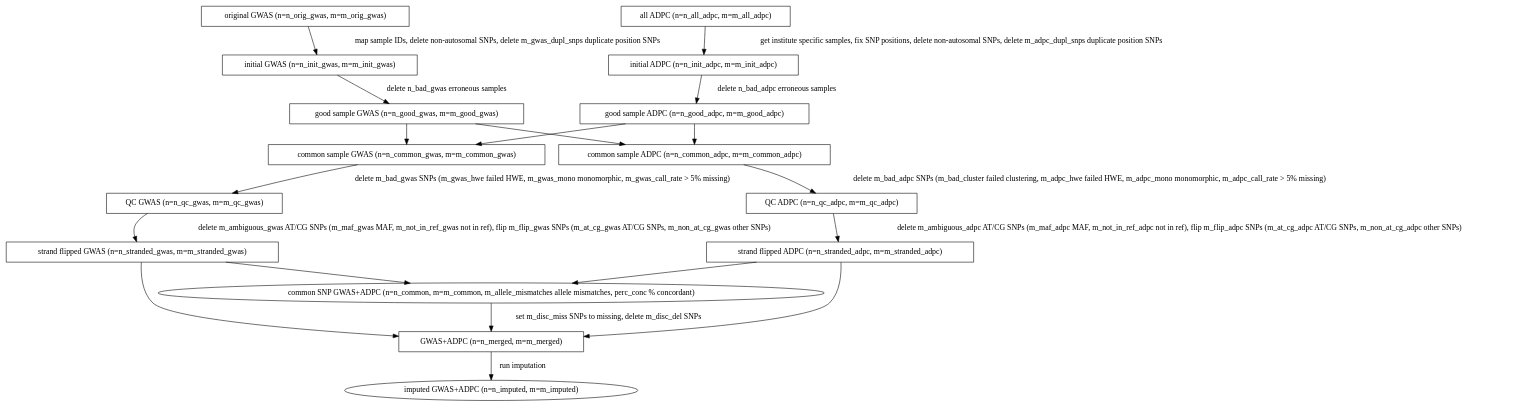
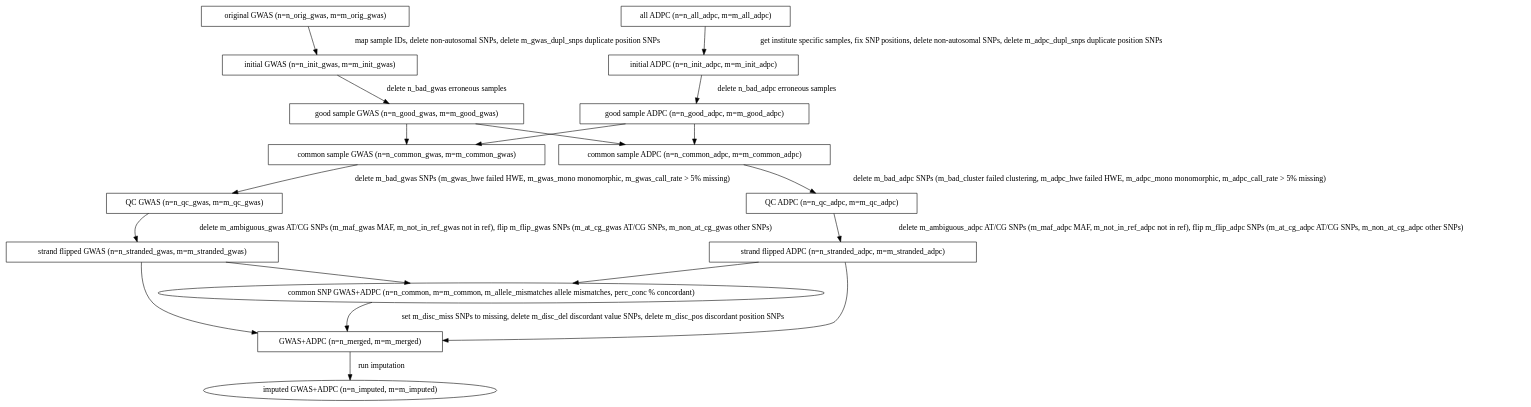
One commit to CAAPA/gwas_adpc_imputation_pipeline changed the diagram in doc/flow.dot. Above: the diagram before and after it, drawn with Graphviz. The commit also changed 1 other file, not shown here.

Commit message:
Now documenting the nr of discordant position SNPs that are deleted

```diff
--- a/doc/flow.dot
+++ b/doc/flow.dot
@@ -1,91 +1,91 @@
 #!dot
 digraph {
 
     //Initial GWAS flow
 
     ORIG_GWAS [label="original GWAS (n=n_orig_gwas, m=m_orig_gwas)",
                shape=box] //params: n_orig_gwas, m_orig_gwas
     INIT_GWAS [label="initial GWAS (n=n_init_gwas, m=m_init_gwas)",
                shape=box] //params: n_init_gwas, m_init_gwas
     ORIG_GWAS -> INIT_GWAS [label= " map sample IDs, delete non-autosomal SNPs, delete m_gwas_dupl_snps duplicate position SNPs"];
                  //script: get_gwas_samples
 
 
     GOOD_GWAS [label="good sample GWAS (n=n_good_gwas, m=m_good_gwas)",
                shape=box] //params: n_good_gwas, m_good_gwas
     INIT_GWAS -> GOOD_GWAS [label=" delete n_bad_gwas erroneous samples"];
                 //script: get_good_samples; params: n_bad_gwas
 
     COMMON_GWAS [label="common sample GWAS (n=n_common_gwas, m=m_common_gwas)",
                  shape=box] //params: n_common_gwas, m=m_common_gwas
     GOOD_GWAS -> COMMON_GWAS;
                  //script: get_common_samples
 
     QC_GWAS [label="QC GWAS (n=n_qc_gwas, m=m_qc_gwas)",
              shape=box] //params: n_qc_gwas, m=m_qc_gwas
     COMMON_GWAS -> QC_GWAS [label=" delete m_bad_gwas SNPs (m_gwas_hwe failed HWE, m_gwas_mono monomorphic, m_gwas_call_rate > 5% missing)"];
                 //script: do_gwas_qc; params: m_bad_gwas
                 //m (whatever subcategories removed)
 
 
     FLIPPED_GWAS [label="strand flipped GWAS (n=n_stranded_gwas, m=m_stranded_gwas)",
                   shape=box] //params: n_stranded_gwas, m_stranded_gwas
     QC_GWAS -> FLIPPED_GWAS  [label=" delete m_ambiguous_gwas AT/CG SNPs (m_maf_gwas MAF, m_not_in_ref_gwas not in ref), flip m_flip_gwas SNPs (m_at_cg_gwas AT/CG SNPs, m_non_at_cg_gwas other SNPs)"];
                  //script: flip_strands; params: m_flip_gwas, m_ambiguous_gwas
 
 
     //Initial ADPC flow
 
     ALL_ADPC [label="all ADPC (n=n_all_adpc, m=m_all_adpc)",
               shape=box] //params:n_all_adpc, m_all_adpc
     INIT_ADPC [label="initial ADPC (n=n_init_adpc, m=m_init_adpc)",
                shape=box] //params: n_init_adpc, m_init_adpc
     ALL_ADPC -> INIT_ADPC [label=" get institute specific samples, fix SNP positions, delete non-autosomal SNPs, delete m_adpc_dupl_snps duplicate position SNPs"]
                 //script: get_adpc_samples (site)
 
 
     GOOD_ADPC [label="good sample ADPC (n=n_good_adpc, m=m_good_adpc)",
                shape=box] //params: n_good_adpc, m_good_adpc
     INIT_ADPC -> GOOD_ADPC [label=" delete n_bad_adpc erroneous samples"];
                 //script: get_good_samples; params: n_bad_adpc
 
     COMMON_ADPC [label="common sample ADPC (n=n_common_adpc, m=m_common_adpc)",
                  shape=box] //params: n_common_adpc, m=m_common_adpc
     GOOD_ADPC -> COMMON_ADPC;
                  //script: get_common_samples
 
     QC_ADPC [label="QC ADPC (n=n_qc_adpc, m=m_qc_adpc)",
              shape=box] //params: n_qc_adpc, m=m_qc_adpc
     COMMON_ADPC -> QC_ADPC [label=" delete m_bad_adpc SNPs (m_bad_cluster failed clustering, m_adpc_hwe failed HWE, m_adpc_mono monomorphic, m_adpc_call_rate > 5% missing)"];
                 //script: do_adpc_qc; params: m_bad_adpc
                 //m (whatever subcategories removed)
                 //remember to also remove ACGT
 
     FLIPPED_ADPC [label="strand flipped ADPC (n=n_stranded_adpc, m=m_stranded_adpc)",
                   shape=box] //params: n_stranded_adpc, m_stranded_adpc
     QC_ADPC -> FLIPPED_ADPC [label=" delete m_ambiguous_adpc AT/CG SNPs (m_maf_adpc MAF, m_not_in_ref_adpc not in ref), flip m_flip_adpc SNPs (m_at_cg_adpc AT/CG SNPs, m_non_at_cg_adpc other SNPs)"]
                  //script: flip_strands; params: m_flip_adpc, m_ambiguous_adpc
 
 
 
     //GWAS + ADPC flows
 
     GOOD_ADPC -> COMMON_GWAS;
     GOOD_GWAS -> COMMON_ADPC;
 
     COMMON_SNP [label="common SNP GWAS+ADPC (n=n_common, m=m_common, m_allele_mismatches allele mismatches, perc_conc % concordant)",
                 shape=ellipse] //params: n_common, m_common
     FLIPPED_GWAS -> COMMON_SNP; //script: get_common_snp_files
     FLIPPED_ADPC -> COMMON_SNP; //script: get_common_snp_files
 
     MERGED [label="GWAS+ADPC (n=n_merged, m=m_merged)",
             shape=box] //params: n_merged, m_merged
-    COMMON_SNP -> MERGED [label= " set m_disc_miss SNPs to missing, delete m_disc_del SNPs"];
+    COMMON_SNP -> MERGED [label= " set m_disc_miss SNPs to missing, delete m_disc_del discordant value SNPs, delete m_disc_pos discordant position SNPs"];
             //script: merge_adpc_gwas; params: m_disc_miss, m_disc_del
     FLIPPED_GWAS -> MERGED;
     FLIPPED_ADPC -> MERGED;
 
     IMPUTED [label="imputed GWAS+ADPC (n=n_imputed, m=m_imputed)"]
     MERGED -> IMPUTED [label=" run imputation"];
                 //script:
 }
```
